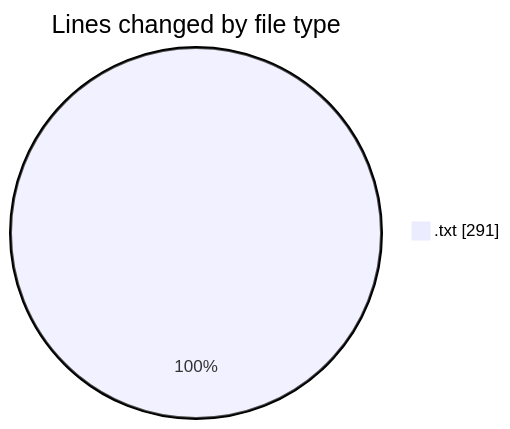
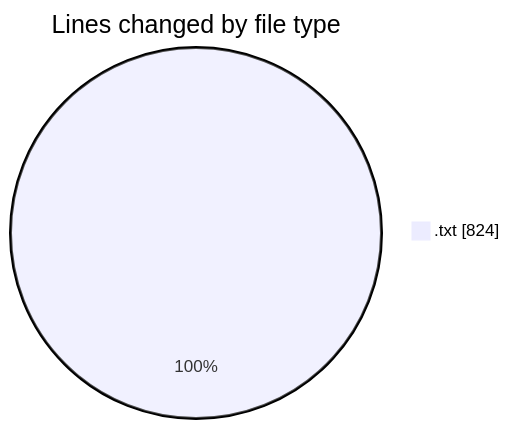
One commit to lephambinh05/code-tracking changed the first of 2 diagrams in 2025-07-29/csdl/README.md. Above: the diagram before and after it, drawn with Mermaid. The commit also changed other lines of this file and 1 other file, not shown here.

````diff
--- a/2025-07-29/csdl/README.md
+++ b/2025-07-29/csdl/README.md
@@ -21,5 +22,5 @@
 ```mermaid
 pie showData
 title Lines changed by file type
-".txt" : 291
+".txt" : 824
 ```
````
